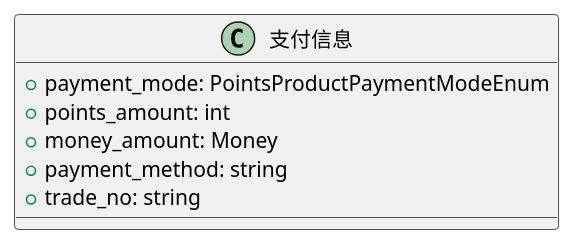
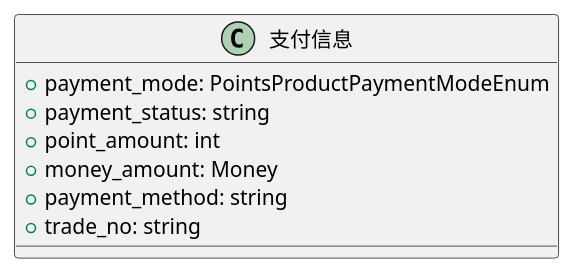
The fourth of 12 diagrams in docs/points-mall/index.md (red-jasmine/framework), drawn with PlantUML before and after one commit. The commit also changed other lines of this file and 3 other files, not shown here.

````diff
--- a/docs/points-mall/index.md
+++ b/docs/points-mall/index.md
@@ -98,9 +133,10 @@
 ```plantuml
 class 支付信息 {
   +payment_mode: PointsProductPaymentModeEnum
-  +points_amount: int
+  +payment_status: string
+  +point_amount: int
   +money_amount: Money
   +payment_method: string
   +trade_no: string
 }
 ```
````
